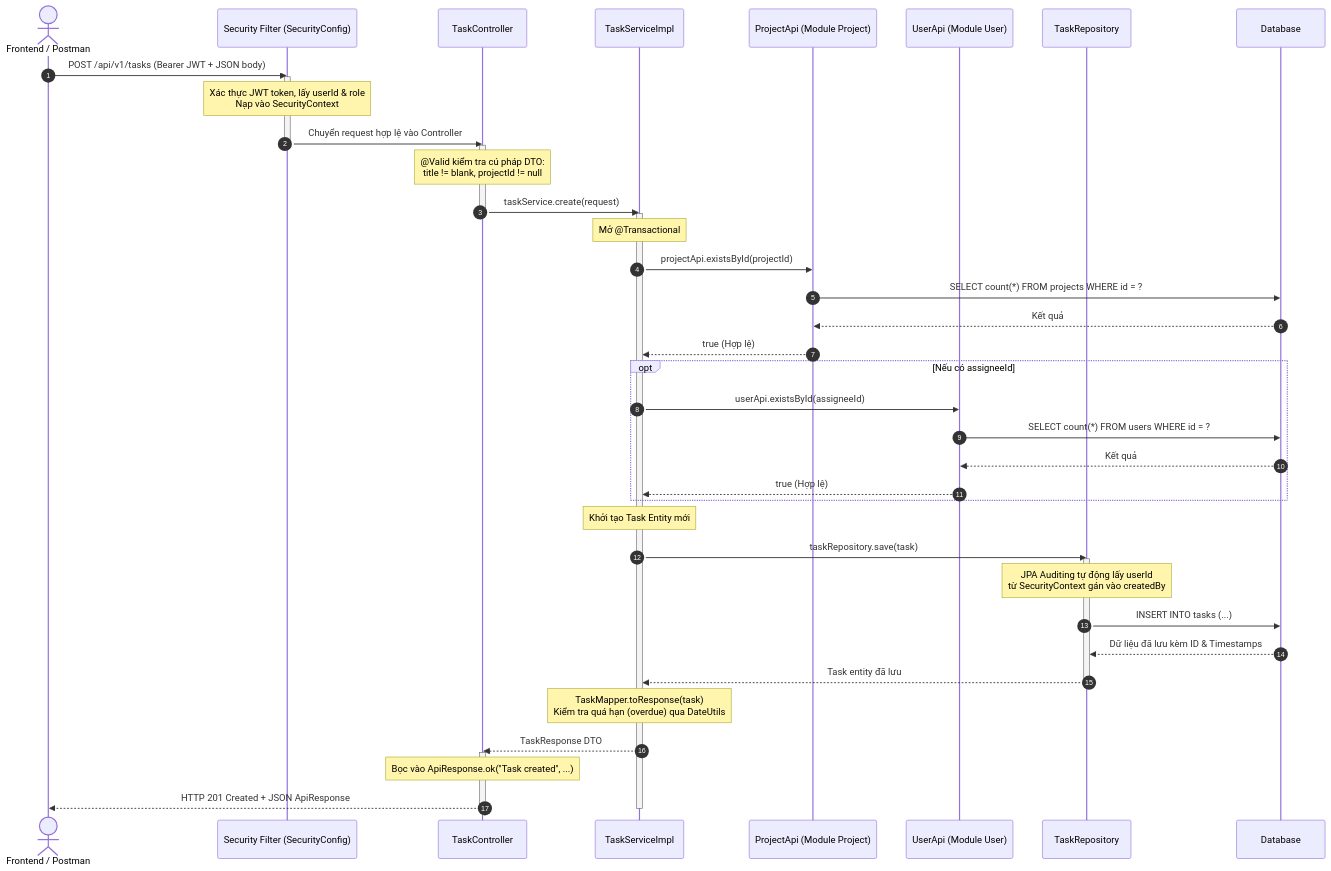
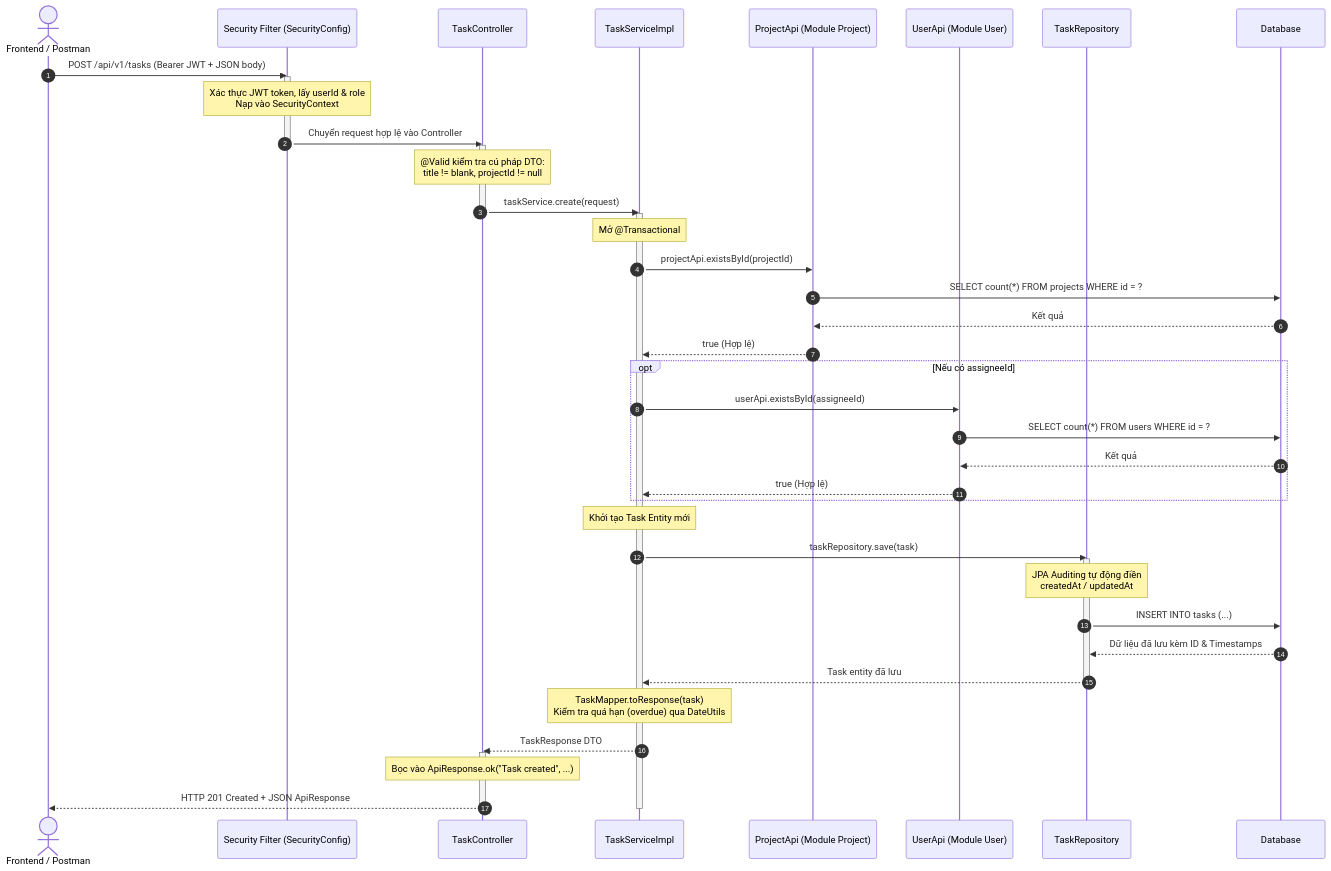
Before and after one commit to uth-software-team/PlanWise: the diagram in Code/backend/README.md, drawn with Mermaid. The commit also changed other lines of this file and 9 other files, not shown here.

First line of the commit message:
fix(common): align base entity, auditing and time utils with ERD

````diff
--- a/Code/backend/README.md
+++ b/Code/backend/README.md
@@ -100,54 +101,54 @@
 ```mermaid
 sequenceDiagram
     autonumber
     actor Client as Frontend / Postman
     participant Sec as Security Filter (SecurityConfig)
     participant TC as TaskController
     participant TS as TaskServiceImpl
     participant PA as ProjectApi (Module Project)
     participant UA as UserApi (Module User)
     participant TR as TaskRepository
     participant DB as Database
 
     Client->>Sec: POST /api/v1/tasks (Bearer JWT + JSON body)
     activate Sec
     Note over Sec: Xác thực JWT token, lấy userId & role<br/>Nạp vào SecurityContext
     Sec->>TC: Chuyển request hợp lệ vào Controller
     deactivate Sec
     
     activate TC
     Note over TC: @Valid kiểm tra cú pháp DTO:<br/>title != blank, projectId != null
     TC->>TS: taskService.create(request)
     deactivate TC
     
     activate TS
     Note over TS: Mở @Transactional
     TS->>PA: projectApi.existsById(projectId)
     PA->>DB: SELECT count(*) FROM projects WHERE id = ?
     DB-->>PA: Kết quả
     PA-->>TS: true (Hợp lệ)
     
     opt Nếu có assigneeId
         TS->>UA: userApi.existsById(assigneeId)
         UA->>DB: SELECT count(*) FROM users WHERE id = ?
         DB-->>UA: Kết quả
         UA-->>TS: true (Hợp lệ)
     end
     
     Note over TS: Khởi tạo Task Entity mới
     TS->>TR: taskRepository.save(task)
     activate TR
-    Note over TR: JPA Auditing tự động lấy userId<br/>từ SecurityContext gán vào createdBy
+    Note over TR: JPA Auditing tự động điền<br/>createdAt / updatedAt
     TR->>DB: INSERT INTO tasks (...)
     DB-->>TR: Dữ liệu đã lưu kèm ID & Timestamps
     TR-->>TS: Task entity đã lưu
     deactivate TR
     
     Note over TS: TaskMapper.toResponse(task)<br/>Kiểm tra quá hạn (overdue) qua DateUtils
     TS-->>TC: TaskResponse DTO
     activate TC
     Note over TC: Bọc vào ApiResponse.ok("Task created", ...)
     TC-->>Client: HTTP 201 Created + JSON ApiResponse
     deactivate TC
     deactivate TS
 ```
````
